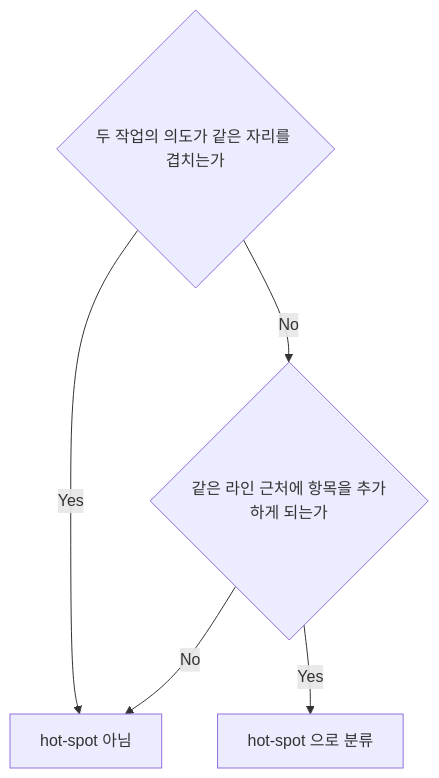
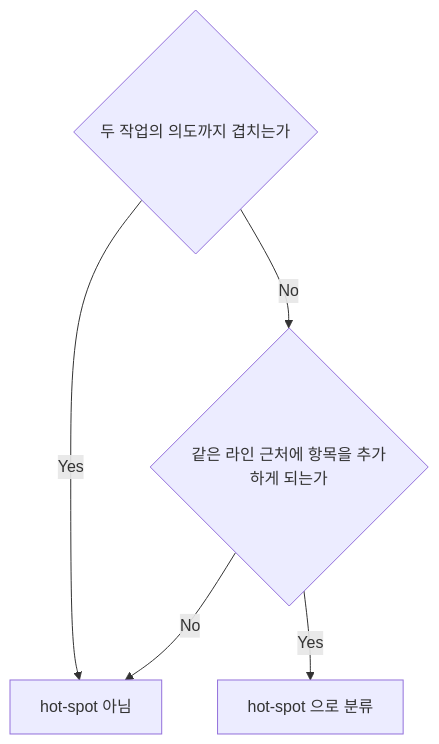
The second of 8 diagrams in plugins/atelier/skills/orchestrator/references/dispatch-planning.md (kys0213/kys-claude-plugin), drawn with Mermaid before and after one commit. The commit also changed other lines of this file, not shown here.

````diff
--- a/plugins/atelier/skills/orchestrator/references/dispatch-planning.md
+++ b/plugins/atelier/skills/orchestrator/references/dispatch-planning.md
@@ -47,7 +48,7 @@
 ```mermaid
 flowchart TD
-  D13_q1{"두 작업의 의도가 같은 자리를 겹치는가"} -->|Yes| D13_t2["hot-spot 아님"]
+  D13_q1{"두 작업의 의도까지 겹치는가"} -->|Yes| D13_t2["hot-spot 아님"]
   D13_q1 -->|No| D13_q2{"같은 라인 근처에 항목을 추가하게 되는가"}
   D13_q2 -->|Yes| D13_t1["hot-spot 으로 분류"]
   D13_q2 -->|No| D13_t2
 ```
````
